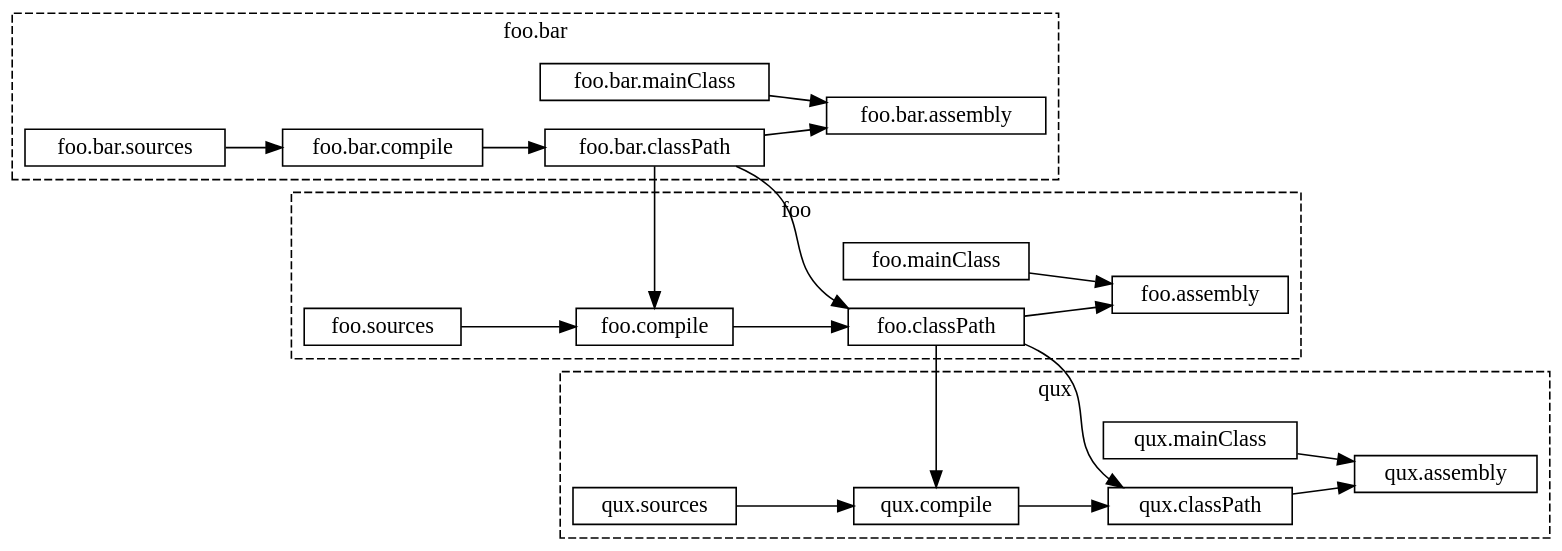
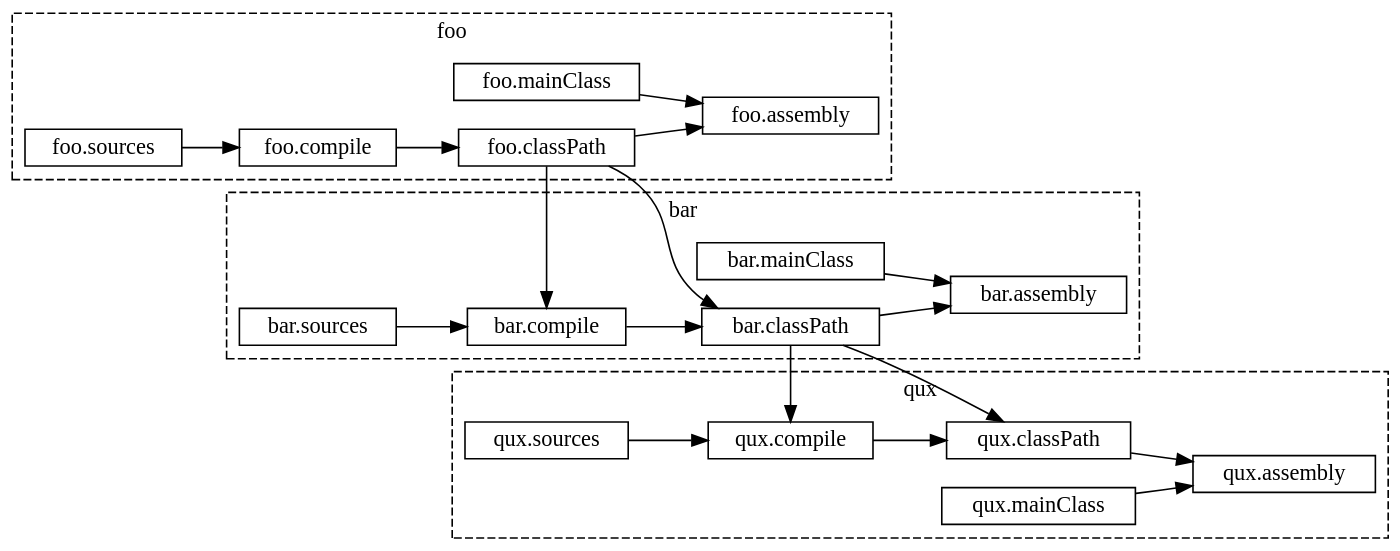
The first of 3 diagrams in website/docs/modules/ROOT/pages/comparisons/why-mill.adoc (com-lihaoyi/mill), drawn with Graphviz before and after one commit. The commit also changed other lines of this file and 9 other files, not shown here.

```diff
--- a/website/docs/modules/ROOT/pages/comparisons/why-mill.adoc
+++ b/website/docs/modules/ROOT/pages/comparisons/why-mill.adoc
@@ -445,37 +492,51 @@
 [graphviz]
 ....
 digraph G {
   rankdir=LR
   node [shape=box width=0 height=0 style=filled fillcolor=white]
   bgcolor=transparent
   newrank=true;
   subgraph cluster_0 {
     style=dashed
     node [shape=box width=0 height=0 style=filled fillcolor=white]
-    label = "foo.bar";
-
-    "foo.bar.sources" -> "foo.bar.compile" -> "foo.bar.classPath" -> "foo.bar.assembly"
-    "foo.bar.mainClass" -> "foo.bar.assembly"
+    label = "foo";
+    "foo.sources"
+    "foo.compile"
+    "foo.mainClass"
+    "foo.assembly"
+    "foo.classPath"
   }
   subgraph cluster_1 {
     style=dashed
     node [shape=box width=0 height=0 style=filled fillcolor=white]
-    label = "foo";
-
-    "foo.bar.classPath" -> "foo.compile"   [constraint=false];
-    "foo.sources" -> "foo.compile" -> "foo.classPath" -> "foo.assembly"
-    "foo.mainClass" -> "foo.assembly"
+    label = "bar";
+    "bar.sources"
+    "bar.compile"
+    "bar.mainClass"
+    "bar.assembly"
+    "bar.classPath"
   }
   subgraph cluster_2 {
     style=dashed
     node [shape=box width=0 height=0 style=filled fillcolor=white]
     label = "qux";
+    "qux.sources"
+    "qux.compile"
+    "qux.mainClass"
+    "qux.assembly"
+    "qux.classPath"
+  }
+  "foo.sources" -> "foo.compile" -> "foo.classPath" -> "foo.assembly"
+  "foo.mainClass" -> "foo.assembly"
+  "foo.classPath" -> "bar.compile"   [constraint=false];
 
-    "qux.mainClass" -> "qux.assembly"
-    "foo.bar.classPath" -> "foo.classPath"
-    "foo.classPath" -> "qux.compile" [constraint=false];
-    "foo.classPath" -> "qux.classPath"
-    "qux.sources" -> "qux.compile" -> "qux.classPath" -> "qux.assembly"
-  }
+  "foo.classPath" -> "bar.classPath"
+  "bar.mainClass" -> "bar.assembly"
+  "bar.sources" -> "bar.compile" -> "bar.classPath" -> "bar.assembly"
+
+  "bar.classPath" -> "qux.compile" [constraint=false];
+  "bar.classPath" -> "qux.classPath"
+  "qux.mainClass" -> "qux.assembly"
+  "qux.sources" -> "qux.compile" -> "qux.classPath" -> "qux.assembly"
 }
 ....
```
